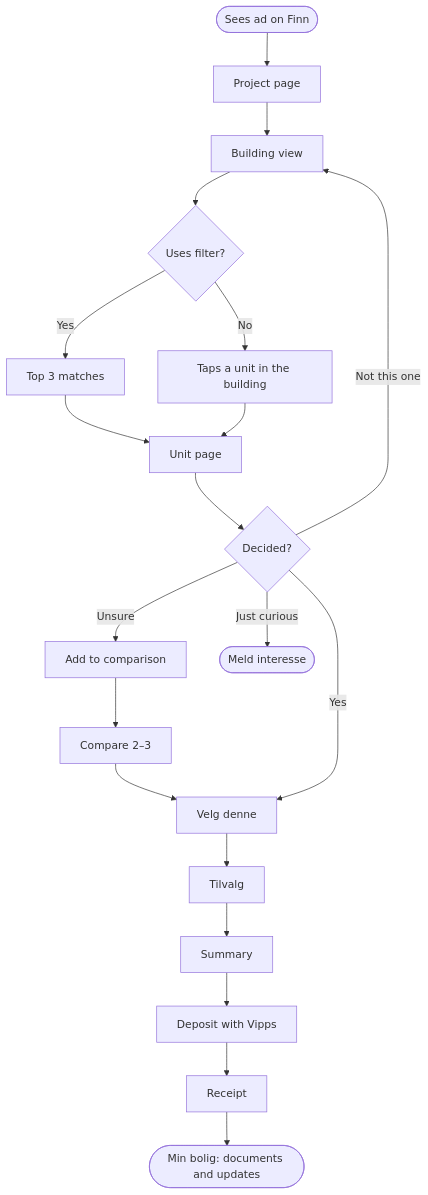
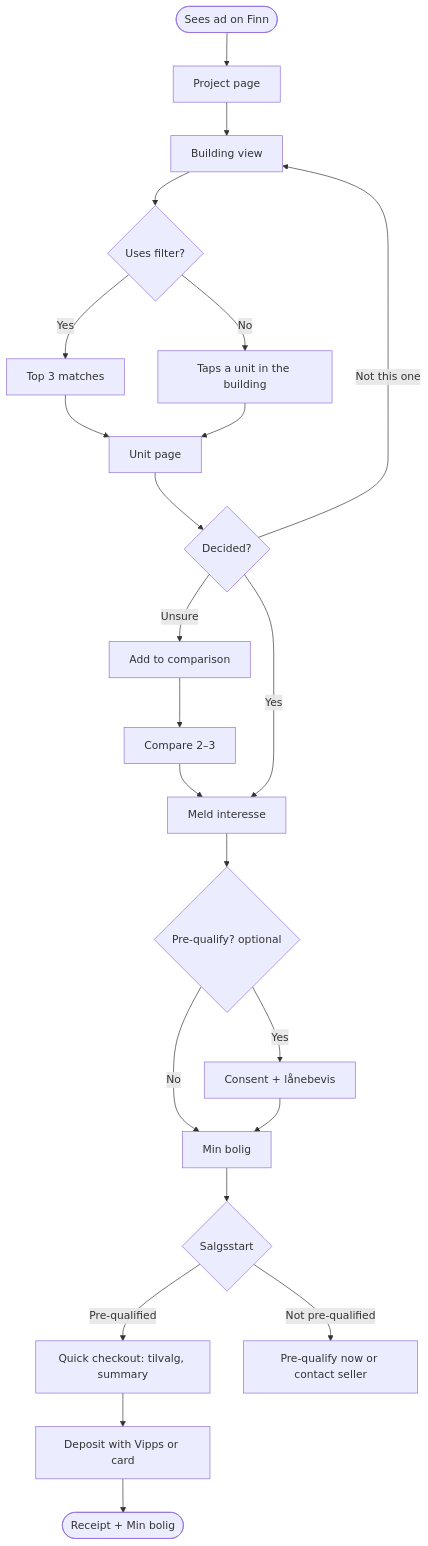
The second of 6 diagrams in docs/design-sprint/Models.md (kremflote/Borettslaget), drawn with Mermaid before and after one commit. The commit also changed other lines of this file and 9 other files, not shown here.

First line of the commit message:
Design Sprint: record group decisions on interest-first flow and scope

````diff
--- a/docs/design-sprint/Models.md
+++ b/docs/design-sprint/Models.md
@@ -41,22 +43,25 @@
 ```mermaid
 flowchart TD
   A([Sees ad on Finn]) --> B[Project page]
   B --> C[Building view]
   C --> D{Uses filter?}
   D -->|Yes| E[Top 3 matches]
   D -->|No| F[Taps a unit in the building]
   E --> G[Unit page]
   F --> G
   G --> H{Decided?}
   H -->|Unsure| I[Add to comparison]
   I --> J[Compare 2–3]
-  J --> K[Velg denne]
+  J --> K[Meld interesse]
   H -->|Yes| K
   H -->|Not this one| C
-  H -->|Just curious| X([Meld interesse])
-  K --> L[Tilvalg]
-  L --> M[Summary]
-  M --> N[Deposit with Vipps]
-  N --> O[Receipt]
-  O --> P([Min bolig: documents and updates])
+  K --> Q{Pre-qualify? optional}
+  Q -->|Yes| R[Consent + lånebevis]
+  Q -->|No| M[Min bolig]
+  R --> M
+  M --> S{Salgsstart}
+  S -->|Pre-qualified| L[Quick checkout: tilvalg, summary]
+  S -->|Not pre-qualified| T[Pre-qualify now or contact seller]
+  L --> N[Deposit with Vipps or card]
+  N --> O([Receipt + Min bolig])
 ```
````
